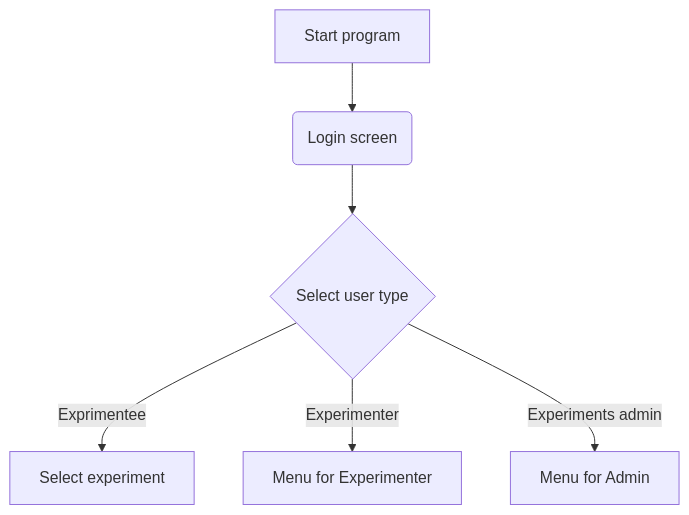
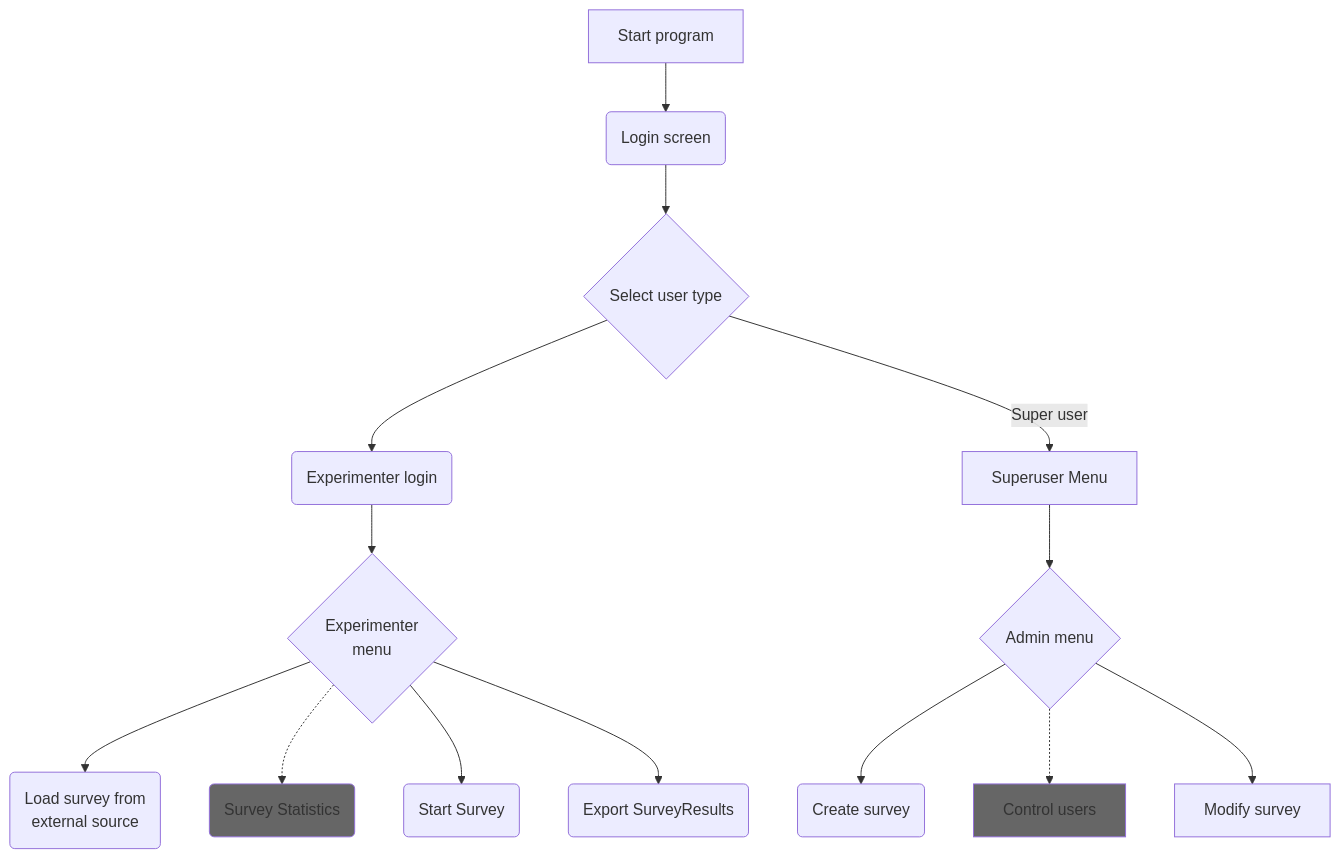
The diagram in UML/activity_diagrams/fc_login_version1.md (jonasreholt/SEA), drawn with Mermaid before and after one commit. The commit also changed 5 other files, not shown here.

Commit message:
updated Flowchart after the talk with Sippo. Also added link to draw.io

````diff
--- a/UML/activity_diagrams/fc_login_version1.md
+++ b/UML/activity_diagrams/fc_login_version1.md
@@ -2,8 +2,19 @@
 ```mermaid
 flowchart TD
     A[Start program] --> B(Login screen)
     B --> C{Select user type}
-    C -->|Exprimentee| D[Select experiment]
-    C -->|Experimenter| E[Menu for Experimenter]
-    C -->|Experiments admin| F[Menu for Admin]
+    C --> exp_login
+    exp_login(Experimenter login)
+    exp_login --> exp_menu{Experimenter\n menu}
+    exp_menu --> load_survey(Load survey from\n  external source)
+    admin_menu --> create_survey(Create survey)
+    exp_menu -.-> survey_statistics(Survey Statistics)
+    exp_menu --> run_experiment(Start Survey)
+    exp_menu --> import_data(Export SurveyResults)
+    C -->|Super user| admin_login[Superuser Menu]
+    admin_login --> admin_menu{Admin menu}
+    admin_menu -.-> admin_control[Control users]
+    admin_menu --> admin_edit_survey[Modify survey]
+    style admin_control fill:#666
+    style survey_statistics fill:#666
 ```
````
